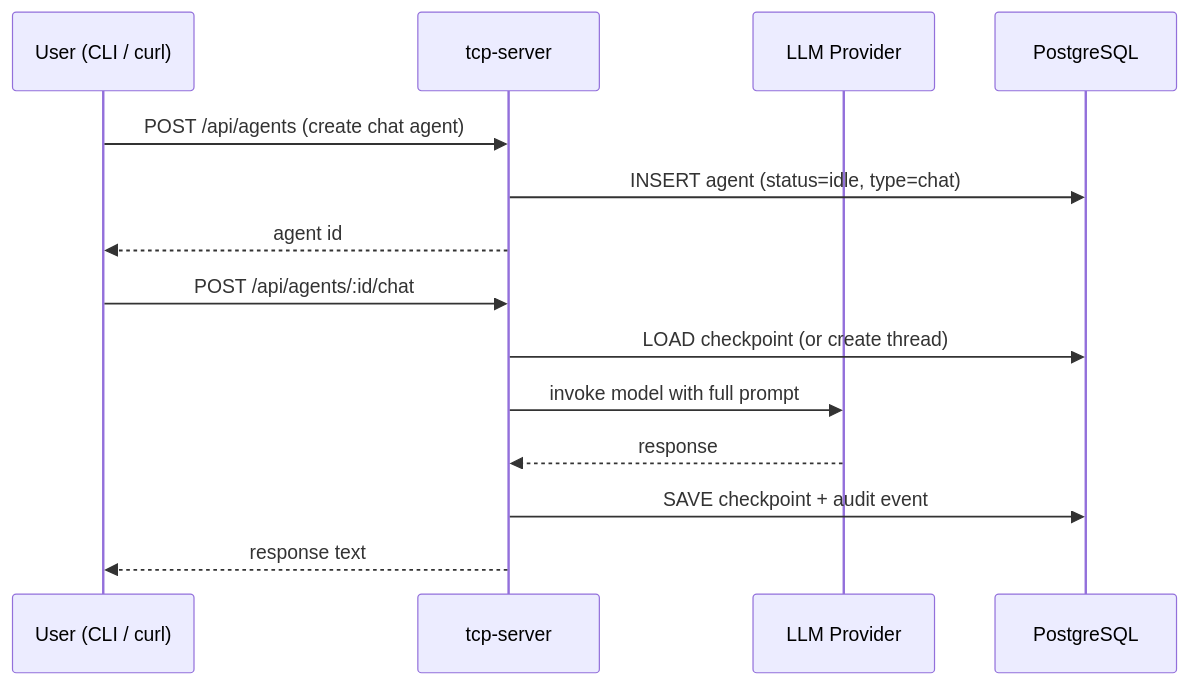
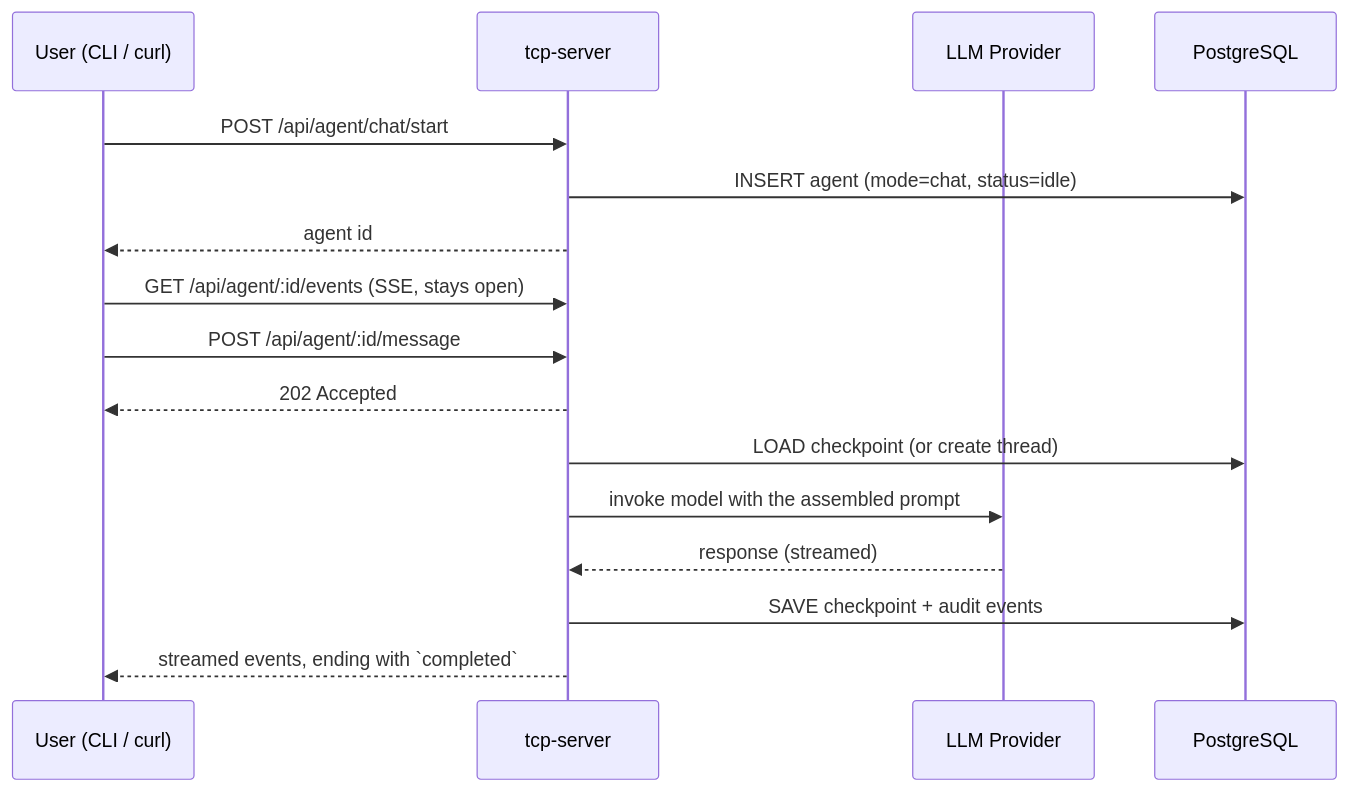
One commit to instantiator/tcp-server changed the diagram in docs/manual-testing/03-chat-agents.md. Above: the diagram before and after it, drawn with Mermaid. The commit also changed other lines of this file and 38 other files, not shown here.

````diff
--- a/docs/manual-testing/03-chat-agents.md
+++ b/docs/manual-testing/03-chat-agents.md
@@ -9,18 +11,20 @@
 ```mermaid
 sequenceDiagram
     participant U as User (CLI / curl)
     participant S as tcp-server
     participant LLM as LLM Provider
     participant DB as PostgreSQL
 
-    U->>S: POST /api/agents (create chat agent)
-    S->>DB: INSERT agent (status=idle, type=chat)
+    U->>S: POST /api/agent/chat/start
+    S->>DB: INSERT agent (mode=chat, status=idle)
     S-->>U: agent id
 
-    U->>S: POST /api/agents/:id/chat
+    U->>S: GET /api/agent/:id/events (SSE, stays open)
+    U->>S: POST /api/agent/:id/message
+    S-->>U: 202 Accepted
     S->>DB: LOAD checkpoint (or create thread)
-    S->>LLM: invoke model with full prompt
-    LLM-->>S: response
-    S->>DB: SAVE checkpoint + audit event
-    S-->>U: response text
+    S->>LLM: invoke model with the assembled prompt
+    LLM-->>S: response (streamed)
+    S->>DB: SAVE checkpoint + audit events
+    S-->>U: streamed events, ending with `completed`
 ```
````
